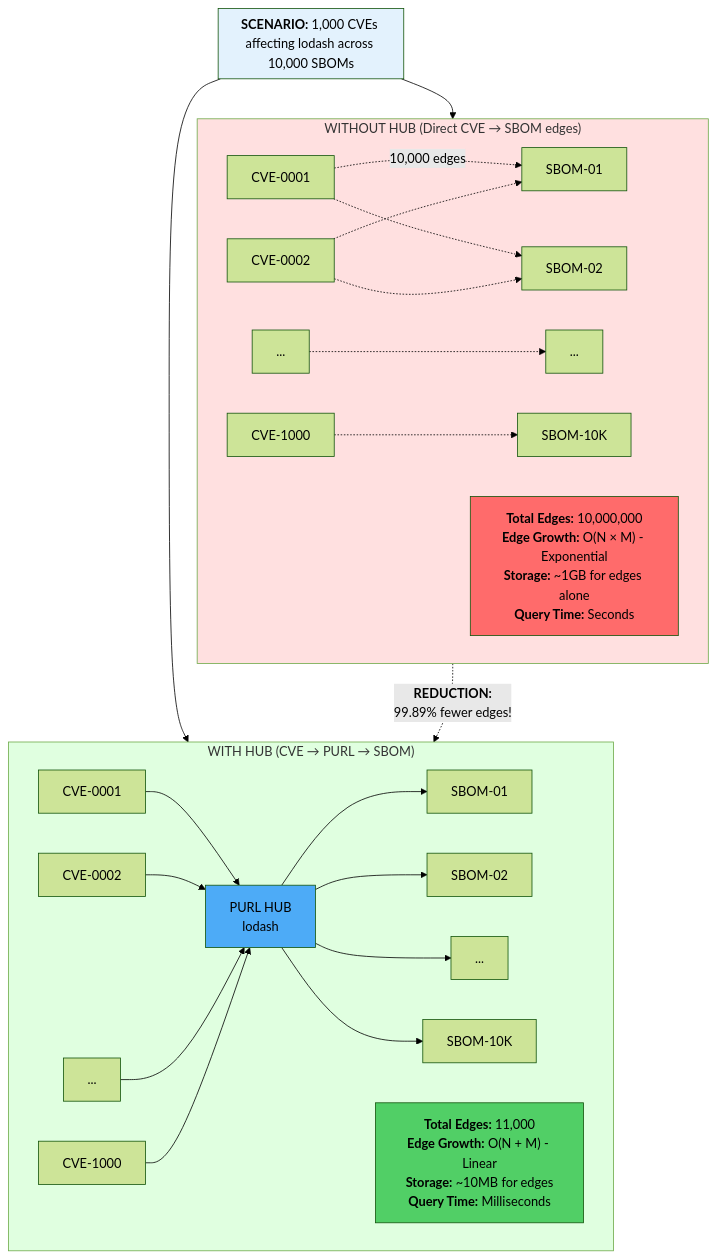
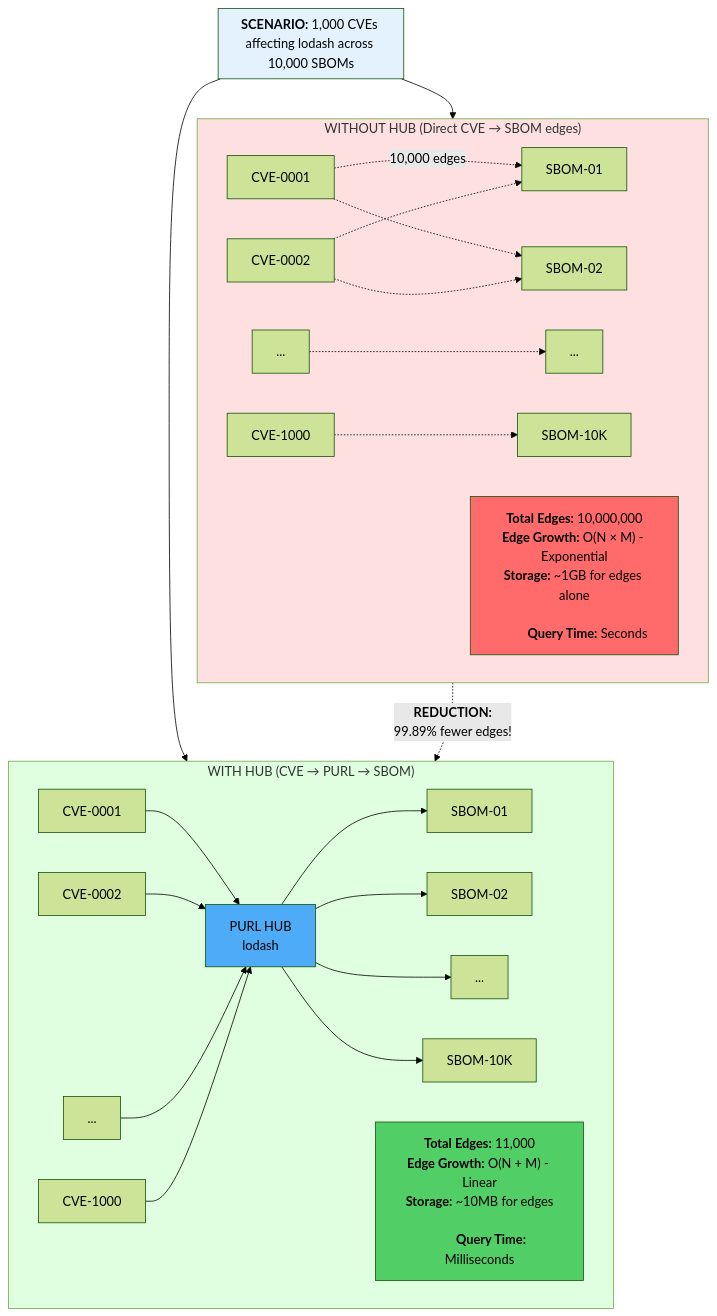
The eighth of 23 diagrams in design.md (ortelius/cve2release-tracker), drawn with Mermaid (forest theme) before and after one commit. The commit also changed other lines of this file, not shown here.

````diff
--- a/design.md
+++ b/design.md
@@ -442,42 +445,44 @@
 ```mermaid
 flowchart TB
     subgraph Scenario["<b>SCENARIO:</b> 1,000 CVEs affecting lodash across 10,000 SBOMs"]
     end
     
     subgraph Without["WITHOUT HUB (Direct CVE → SBOM edges)"]
         WC1["CVE-0001"] -.->|10,000 edges| WS1["SBOM-01"]
         WC1 -.-> WS2["SBOM-02"]
         WC2["CVE-0002"] -.-> WS1
         WC2 -.-> WS2
         WC3["..."] -.-> WS3["..."]
         WC4["CVE-1000"] -.-> WS4["SBOM-10K"]
         
-        WStats["<b>Total Edges:</b> 10,000,000<br/><b>Edge Growth:</b> O(N × M) - Exponential<br/><b>Storage:</b> ~1GB for edges alone<br/><b>Query Time:</b> Seconds"]
+        WStats["<b>Total Edges:</b> 10,000,000<br/><b>Edge Growth:</b> O(N × M) - Exponential<br/><b>Storage:</b> ~1GB for edges alone<br/>
+        <b>Query Time:</b> Seconds"]
     end
     
     subgraph With["WITH HUB (CVE → PURL → SBOM)"]
         HC1["CVE-0001"] --> HHub["PURL HUB<br/>lodash"]
         HC2["CVE-0002"] --> HHub
         HC3["..."] --> HHub
         HC4["CVE-1000"] --> HHub
         
         HHub --> HS1["SBOM-01"]
         HHub --> HS2["SBOM-02"]
         HHub --> HS3["..."]
         HHub --> HS4["SBOM-10K"]
         
-        HStats["<b>Total Edges:</b> 11,000<br/><b>Edge Growth:</b> O(N + M) - Linear<br/><b>Storage:</b> ~10MB for edges<br/><b>Query Time:</b> Milliseconds"]
+        HStats["<b>Total Edges:</b> 11,000<br/><b>Edge Growth:</b> O(N + M) - Linear<br/><b>Storage:</b> ~10MB for edges<br/>
+        <b>Query Time:</b> Milliseconds"]
     end
     
     Scenario --> Without
     Scenario --> With
     
     Without -.->|"<b>REDUCTION:</b><br/>99.89% fewer edges!"| With
     
     style Scenario fill:#e3f2fd
     style Without fill:#ffe0e0
     style With fill:#e0ffe0
     style HHub fill:#4dabf7
     style WStats fill:#ff6b6b
     style HStats fill:#51cf66
 ```
````
